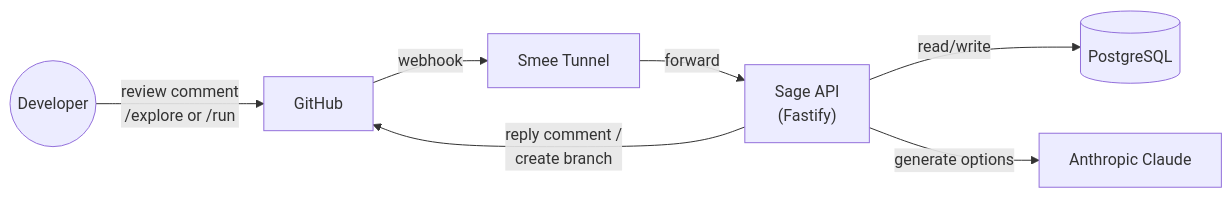
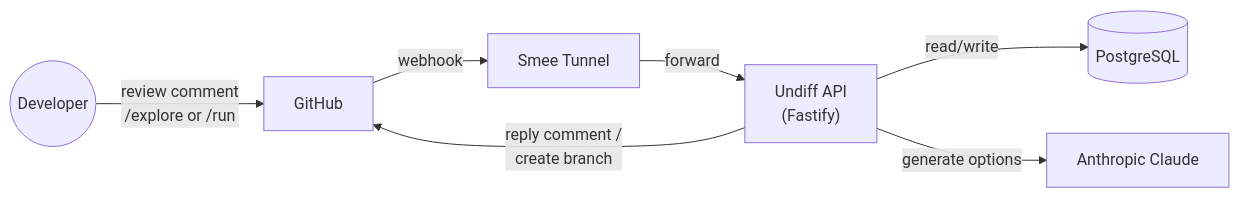
The first of 7 diagrams in docs/ARCHITECTURE.md (surfer19/undiff), drawn with Mermaid before and after one commit. The commit also changed other lines of this file and 17 other files, not shown here.

First line of the commit message:
rename sage to undiff across entire project

````diff
--- a/docs/ARCHITECTURE.md
+++ b/docs/ARCHITECTURE.md
@@ -12,9 +12,9 @@
 ```mermaid
 graph LR
     Dev((Developer)) -->|review comment<br/>/explore or /run| GH[GitHub]
     GH -->|webhook| Smee[Smee Tunnel]
-    Smee -->|forward| API["Sage API<br/>(Fastify)"]
+    Smee -->|forward| API["Undiff API<br/>(Fastify)"]
     API -->|read/write| DB[(PostgreSQL)]
     API -->|generate options| AI[Anthropic Claude]
     API -->|reply comment /<br/>create branch| GH
 ```
````
